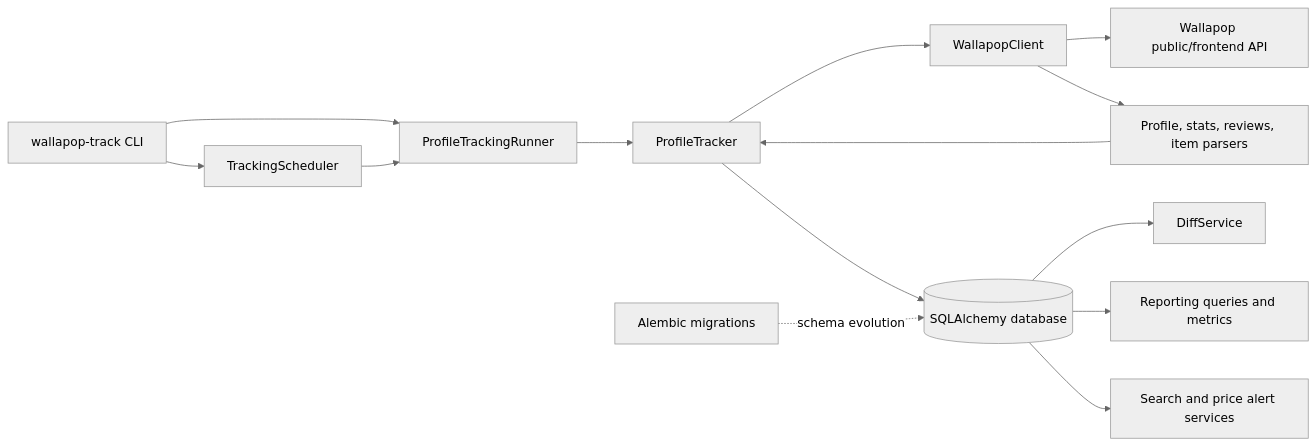
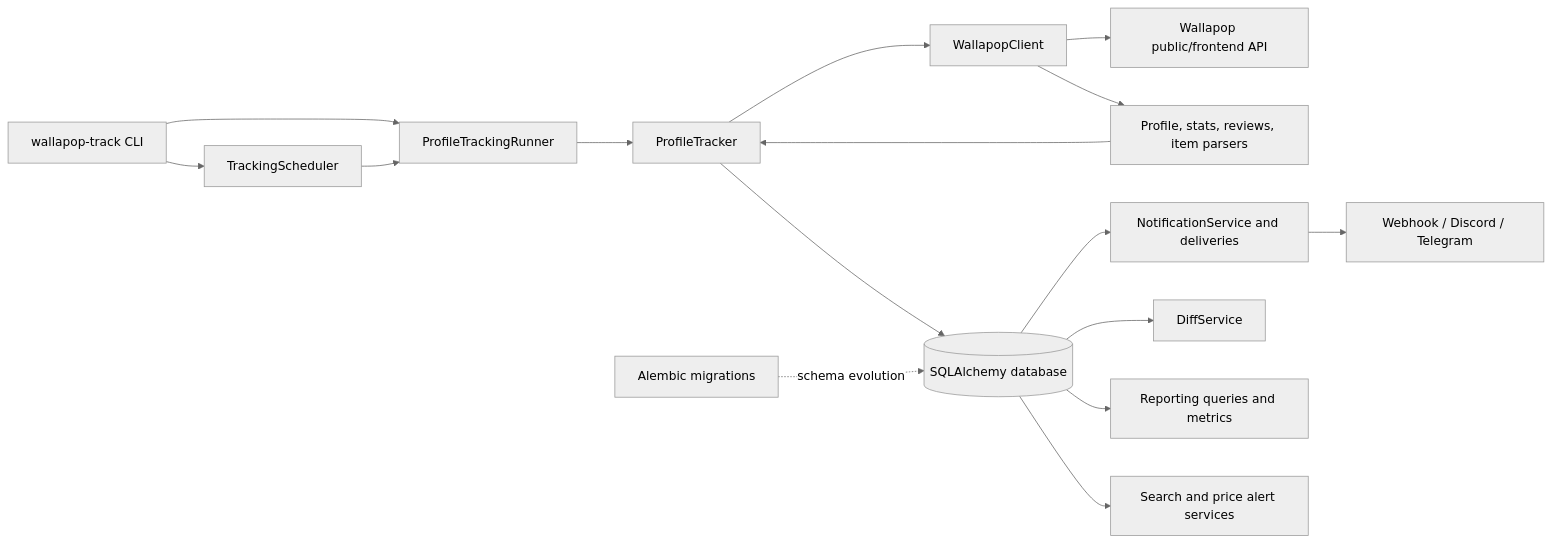
Before and after one commit to vgvr0/wallapop-tracker: the diagram in README.md, drawn with Mermaid (neutral theme). The commit also changed other lines of this file and 16 other files, not shown here.

````diff
--- a/README.md
+++ b/README.md
@@ -24,16 +25,18 @@
 ```mermaid
 flowchart LR
     CLI[wallapop-track CLI] --> Scheduler[TrackingScheduler]
     CLI --> Runner[ProfileTrackingRunner]
     Scheduler --> Runner
     Runner --> Tracker[ProfileTracker]
     Tracker --> Client[WallapopClient]
     Client --> API[Wallapop public/frontend API]
     Client --> Parsers[Profile, stats, reviews, item parsers]
     Parsers --> Tracker
     Tracker --> DB[(SQLAlchemy database)]
+    DB --> Notifications[NotificationService and deliveries]
+    Notifications --> Channels[Webhook / Discord / Telegram]
     DB --> Diff[DiffService]
     DB --> Reporting[Reporting queries and metrics]
     DB --> Alerts[Search and price alert services]
     Migrations[Alembic migrations] -. schema evolution .-> DB
 ```
````
